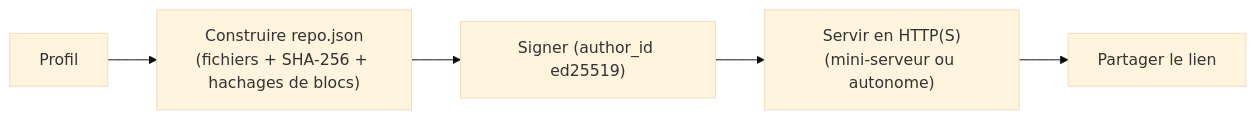
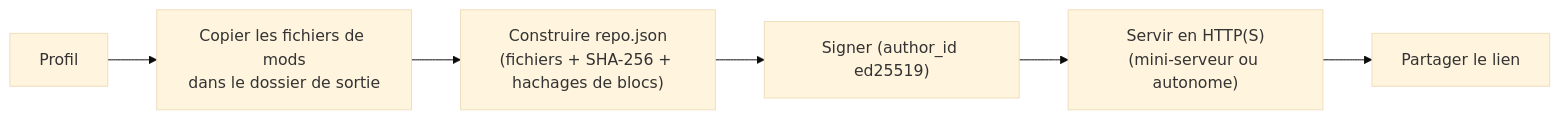
Before and after one commit to FreeProject089/BetterModsManager: the first of 2 diagrams in frontend/assets/docs/fr/how-it-works/sync-repos.md, drawn with Mermaid (base theme). The commit also changed other lines of this file and 1 other file, not shown here.

First line of the commit message:
Docs: sync the repo-export corrections into Help & other

````diff
--- a/frontend/assets/docs/fr/how-it-works/sync-repos.md
+++ b/frontend/assets/docs/fr/how-it-works/sync-repos.md
@@ -21,7 +36,8 @@
 ```mermaid
 flowchart LR
-    PROF["Profil"] --> GEN["Construire repo.json<br/>(fichiers + SHA-256 + hachages de blocs)"]
+    PROF["Profil"] --> COPY["Copier les fichiers de mods<br/>dans le dossier de sortie"]
+    COPY --> GEN["Construire repo.json<br/>(fichiers + SHA-256 + hachages de blocs)"]
     GEN --> SIGN["Signer (author_id ed25519)"]
     SIGN --> SERVE["Servir en HTTP(S)<br/>(mini-serveur ou autonome)"]
     SERVE --> LINK["Partager le lien"]
 ```
````
